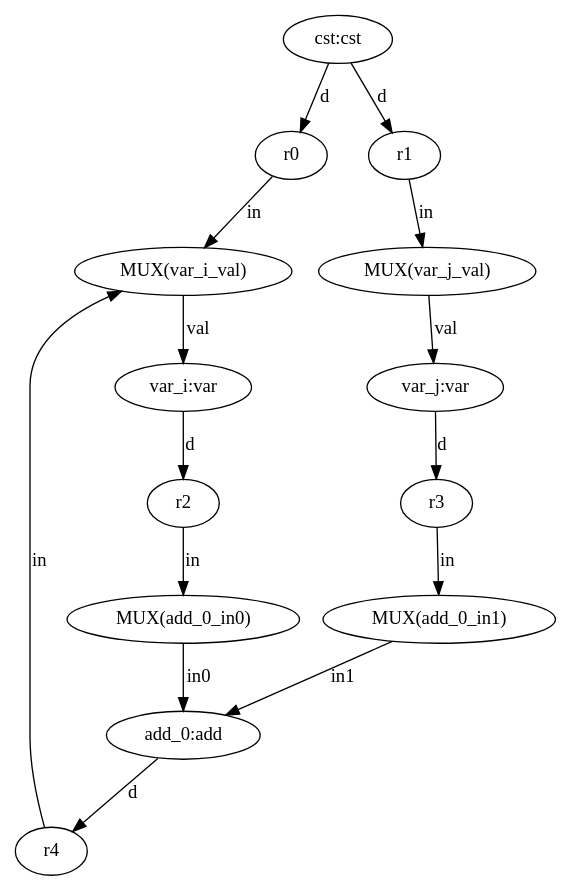
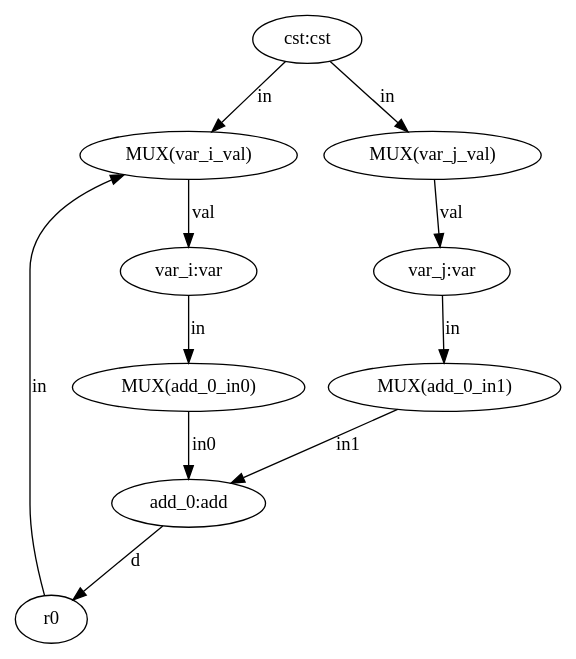
Before and after one commit to ma-carrillo/High-level-synthesis-assignment: the diagram in test10/datapath.dot, drawn with Graphviz. The commit also changed 16 other files, not shown here.

```diff
--- a/test10/datapath.dot
+++ b/test10/datapath.dot
@@ -1,29 +1,21 @@
 digraph "datapath" {
   n0 [label="cst:cst"];
   n1 [label="var_i:var"];
   n2 [label="var_j:var"];
   n3 [label="add_0:add"];
   n4 [label="r0"];
-  n5 [label="r1"];
-  n6 [label="r2"];
-  n7 [label="r3"];
-  n8 [label="r4"];
-  n9 [label="MUX(var_i_val)"];
-  n10 [label="MUX(var_j_val)"];
-  n11 [label="MUX(add_0_in0)"];
-  n12 [label="MUX(add_0_in1)"];
-  n0 -> n4 [label="d"];
-  n0 -> n5 [label="d"];
-  n1 -> n6 [label="d"];
-  n2 -> n7 [label="d"];
-  n3 -> n8 [label="d"];
-  n4 -> n9 [label="in"];
-  n5 -> n10 [label="in"];
-  n6 -> n11 [label="in"];
-  n7 -> n12 [label="in"];
-  n8 -> n9 [label="in"];
-  n9 -> n1 [label="val"];
-  n10 -> n2 [label="val"];
-  n11 -> n3 [label="in0"];
-  n12 -> n3 [label="in1"];
+  n5 [label="MUX(var_i_val)"];
+  n6 [label="MUX(var_j_val)"];
+  n7 [label="MUX(add_0_in0)"];
+  n8 [label="MUX(add_0_in1)"];
+  n0 -> n5 [label="in"];
+  n0 -> n6 [label="in"];
+  n1 -> n7 [label="in"];
+  n2 -> n8 [label="in"];
+  n3 -> n4 [label="d"];
+  n4 -> n5 [label="in"];
+  n5 -> n1 [label="val"];
+  n6 -> n2 [label="val"];
+  n7 -> n3 [label="in0"];
+  n8 -> n3 [label="in1"];
 }
```
